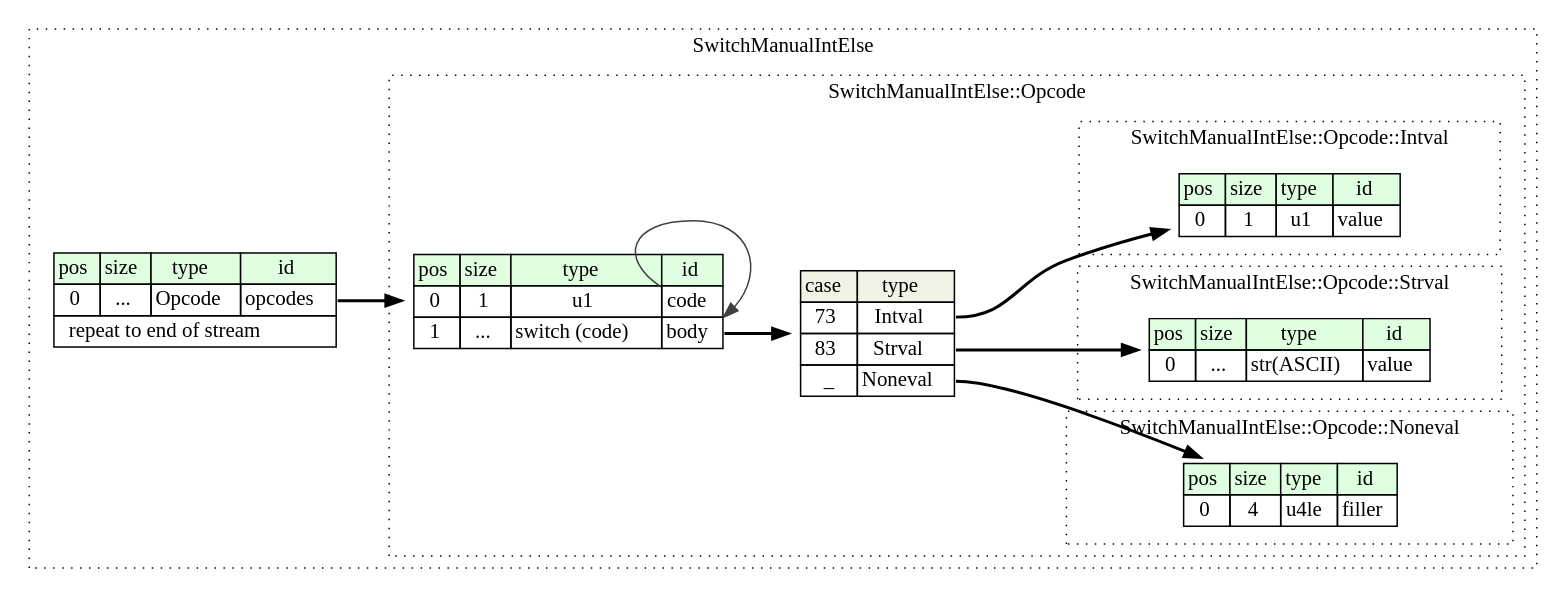
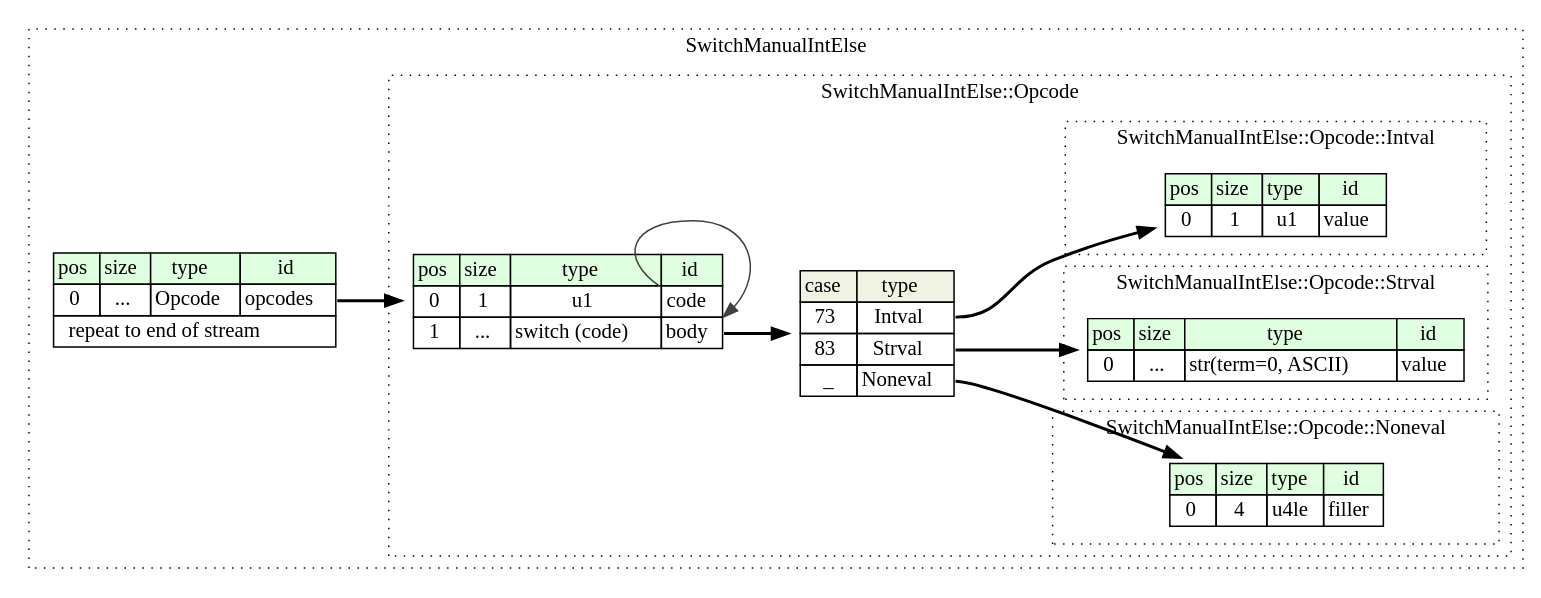
Before and after one commit to kaitai-io/ci_targets: the diagram in compiled/graphviz/switch_manual_int_else.dot, drawn with Graphviz. The commit also changed 439 other files, not shown here.

```diff
--- a/compiled/graphviz/switch_manual_int_else.dot
+++ b/compiled/graphviz/switch_manual_int_else.dot
@@ -1,63 +1,63 @@
 digraph {
 	rankdir=LR;
 	node [shape=plaintext];
 	subgraph cluster__switch_manual_int_else {
 		label="SwitchManualIntElse";
 		graph[style=dotted];
 
 		switch_manual_int_else__seq [label=<<TABLE BORDER="0" CELLBORDER="1" CELLSPACING="0">
 			<TR><TD BGCOLOR="#E0FFE0">pos</TD><TD BGCOLOR="#E0FFE0">size</TD><TD BGCOLOR="#E0FFE0">type</TD><TD BGCOLOR="#E0FFE0">id</TD></TR>
 			<TR><TD PORT="opcodes_pos">0</TD><TD PORT="opcodes_size">...</TD><TD>Opcode</TD><TD PORT="opcodes_type">opcodes</TD></TR>
 			<TR><TD COLSPAN="4" PORT="opcodes__repeat">repeat to end of stream</TD></TR>
 		</TABLE>>];
 		subgraph cluster__opcode {
 			label="SwitchManualIntElse::Opcode";
 			graph[style=dotted];
 
 			opcode__seq [label=<<TABLE BORDER="0" CELLBORDER="1" CELLSPACING="0">
 				<TR><TD BGCOLOR="#E0FFE0">pos</TD><TD BGCOLOR="#E0FFE0">size</TD><TD BGCOLOR="#E0FFE0">type</TD><TD BGCOLOR="#E0FFE0">id</TD></TR>
 				<TR><TD PORT="code_pos">0</TD><TD PORT="code_size">1</TD><TD>u1</TD><TD PORT="code_type">code</TD></TR>
 				<TR><TD PORT="body_pos">1</TD><TD PORT="body_size">...</TD><TD>switch (code)</TD><TD PORT="body_type">body</TD></TR>
 			</TABLE>>];
 opcode__seq_body_switch [label=<<TABLE BORDER="0" CELLBORDER="1" CELLSPACING="0">
 	<TR><TD BGCOLOR="#F0F2E4">case</TD><TD BGCOLOR="#F0F2E4">type</TD></TR>
 	<TR><TD>73</TD><TD PORT="case0">Intval</TD></TR>
 	<TR><TD>83</TD><TD PORT="case1">Strval</TD></TR>
 	<TR><TD>_</TD><TD PORT="case2">Noneval</TD></TR>
 </TABLE>>];
 			subgraph cluster__intval {
 				label="SwitchManualIntElse::Opcode::Intval";
 				graph[style=dotted];
 
 				intval__seq [label=<<TABLE BORDER="0" CELLBORDER="1" CELLSPACING="0">
 					<TR><TD BGCOLOR="#E0FFE0">pos</TD><TD BGCOLOR="#E0FFE0">size</TD><TD BGCOLOR="#E0FFE0">type</TD><TD BGCOLOR="#E0FFE0">id</TD></TR>
 					<TR><TD PORT="value_pos">0</TD><TD PORT="value_size">1</TD><TD>u1</TD><TD PORT="value_type">value</TD></TR>
 				</TABLE>>];
 			}
 			subgraph cluster__noneval {
 				label="SwitchManualIntElse::Opcode::Noneval";
 				graph[style=dotted];
 
 				noneval__seq [label=<<TABLE BORDER="0" CELLBORDER="1" CELLSPACING="0">
 					<TR><TD BGCOLOR="#E0FFE0">pos</TD><TD BGCOLOR="#E0FFE0">size</TD><TD BGCOLOR="#E0FFE0">type</TD><TD BGCOLOR="#E0FFE0">id</TD></TR>
 					<TR><TD PORT="filler_pos">0</TD><TD PORT="filler_size">4</TD><TD>u4le</TD><TD PORT="filler_type">filler</TD></TR>
 				</TABLE>>];
 			}
 			subgraph cluster__strval {
 				label="SwitchManualIntElse::Opcode::Strval";
 				graph[style=dotted];
 
 				strval__seq [label=<<TABLE BORDER="0" CELLBORDER="1" CELLSPACING="0">
 					<TR><TD BGCOLOR="#E0FFE0">pos</TD><TD BGCOLOR="#E0FFE0">size</TD><TD BGCOLOR="#E0FFE0">type</TD><TD BGCOLOR="#E0FFE0">id</TD></TR>
-					<TR><TD PORT="value_pos">0</TD><TD PORT="value_size">...</TD><TD>str(ASCII)</TD><TD PORT="value_type">value</TD></TR>
+					<TR><TD PORT="value_pos">0</TD><TD PORT="value_size">...</TD><TD>str(term=0, ASCII)</TD><TD PORT="value_type">value</TD></TR>
 				</TABLE>>];
 			}
 		}
 	}
 	switch_manual_int_else__seq:opcodes_type -> opcode__seq [style=bold];
 	opcode__seq:body_type -> opcode__seq_body_switch [style=bold];
 	opcode__seq_body_switch:case0 -> intval__seq [style=bold];
 	opcode__seq_body_switch:case1 -> strval__seq [style=bold];
 	opcode__seq_body_switch:case2 -> noneval__seq [style=bold];
 	opcode__seq:code_type -> opcode__seq:body_type [color="#404040"];
 }
```
